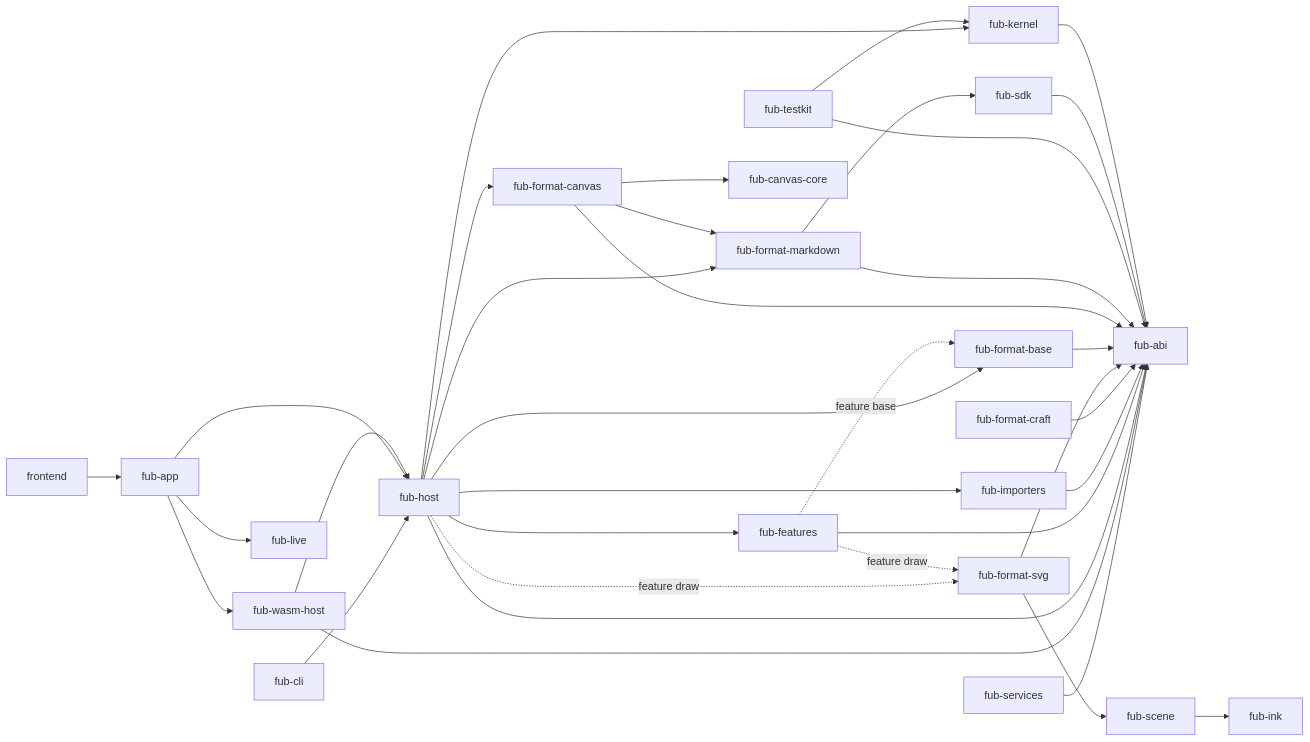
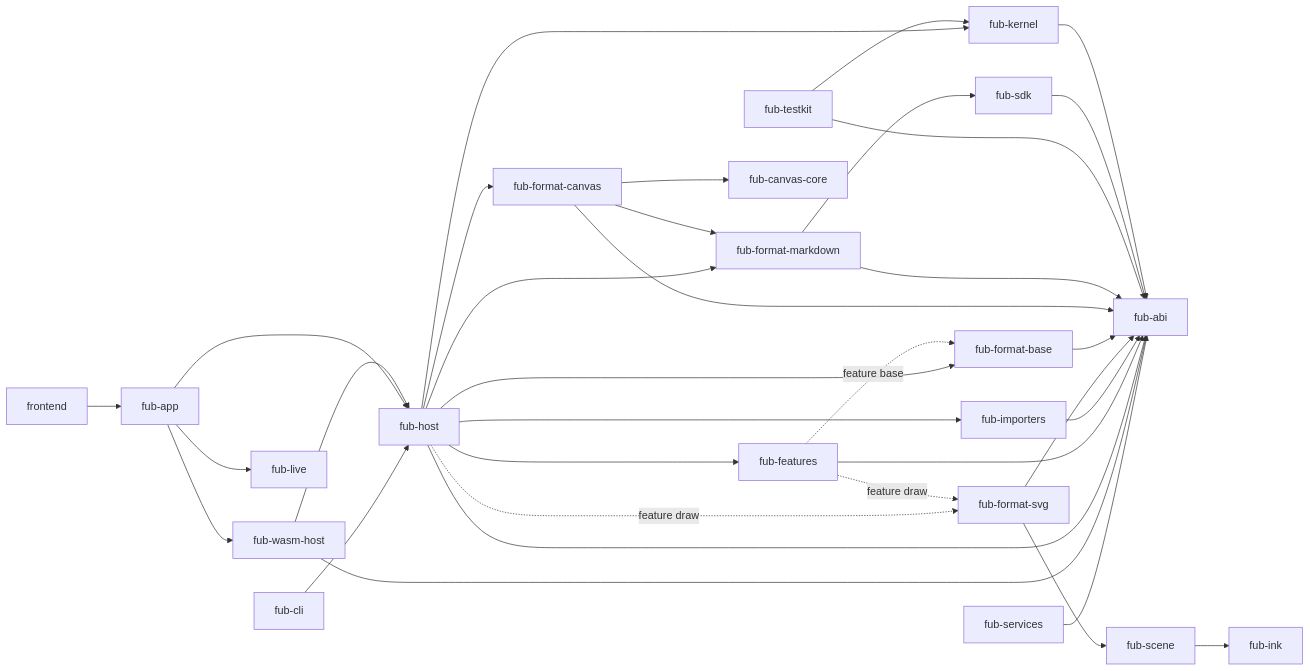
The first of 4 diagrams in docs/architecture/components-and-boundaries.md (Fubeo/Fub), drawn with Mermaid before and after one commit. The commit also changed other lines of this file, not shown here.

Commit message:
docs(architettura): fub-format-craft in una figura sua, dietro la feature craft

````diff
--- a/docs/architecture/components-and-boundaries.md
+++ b/docs/architecture/components-and-boundaries.md
@@ -9,39 +9,38 @@
 ```mermaid
 flowchart LR
     ABI["fub-abi"]
     KERNEL["fub-kernel"] --> ABI
     SDK["fub-sdk"] --> ABI
     TESTKIT["fub-testkit"] --> KERNEL
     TESTKIT --> ABI
     MARKDOWN["fub-format-markdown"] --> ABI
     MARKDOWN --> SDK
     CANVAS["fub-format-canvas"] --> ABI
     CANVAS --> MARKDOWN
     CANVAS --> CANVASCORE["fub-canvas-core"]
     BASE["fub-format-base"] --> ABI
     INK["fub-ink"]
     SCENE["fub-scene"] --> INK
     SVG["fub-format-svg"] --> ABI
     SVG --> SCENE
-    CRAFT["fub-format-craft"] --> ABI
     IMPORTERS["fub-importers"] --> ABI
     FEATURES["fub-features"] --> ABI
     FEATURES -. "feature base" .-> BASE
     FEATURES -. "feature draw" .-> SVG
     HOST["fub-host"] --> KERNEL
     HOST --> ABI
     HOST --> FEATURES
     HOST --> MARKDOWN
     HOST --> CANVAS
     HOST --> BASE
     HOST -. "feature draw" .-> SVG
     HOST --> IMPORTERS
     WASM["fub-wasm-host"] --> ABI
     WASM --> HOST
     APP["fub-app"] --> HOST
     APP --> WASM
     APP --> LIVE["fub-live"]
     CLI["fub-cli"] --> HOST
     SERVICES["fub-services"] --> ABI
     FRONTEND["frontend"] --> APP
 ```
````
